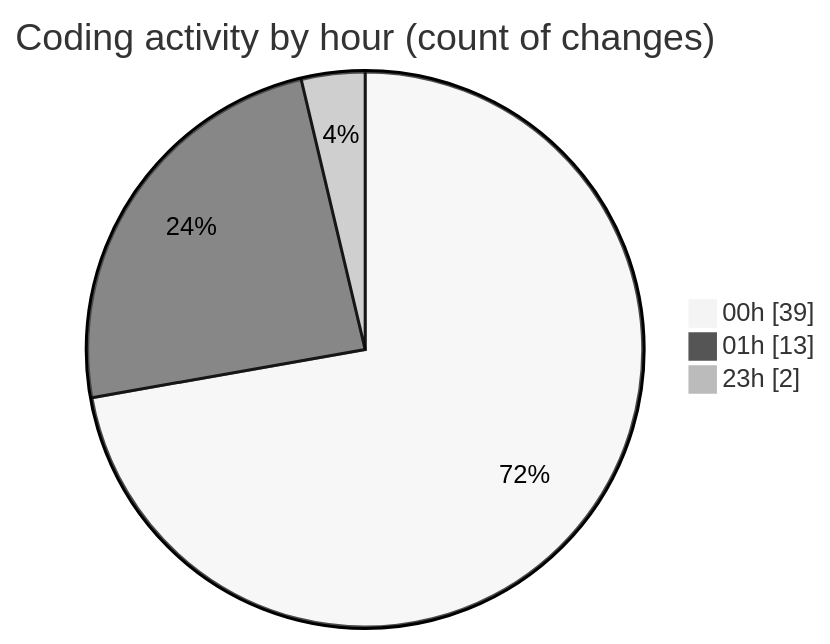
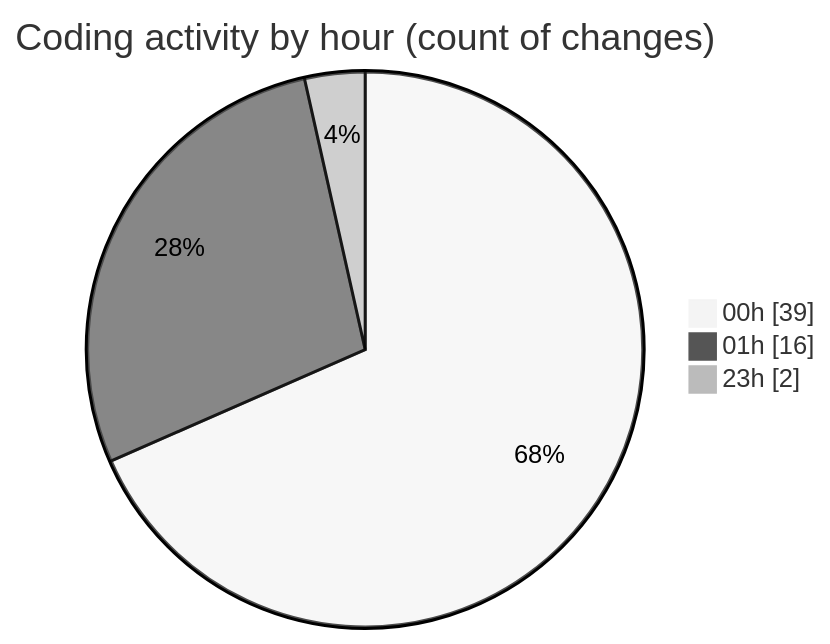
Before and after one commit to julien-gomy/code-tracking: the second of 2 diagrams in 2025-10-10/eventscop-frontend-guide__workspace_/README.md, drawn with Mermaid (neutral theme). The commit also changed other lines of this file and 1 other file, not shown here.

````diff
--- a/2025-10-10/eventscop-frontend-guide__workspace_/README.md
+++ b/2025-10-10/eventscop-frontend-guide__workspace_/README.md
@@ -32,7 +32,7 @@
 ```mermaid
 pie showData
 title Coding activity by hour (count of changes)
 "00h" : 39
-"01h" : 13
+"01h" : 16
 "23h" : 2
 ```
````
